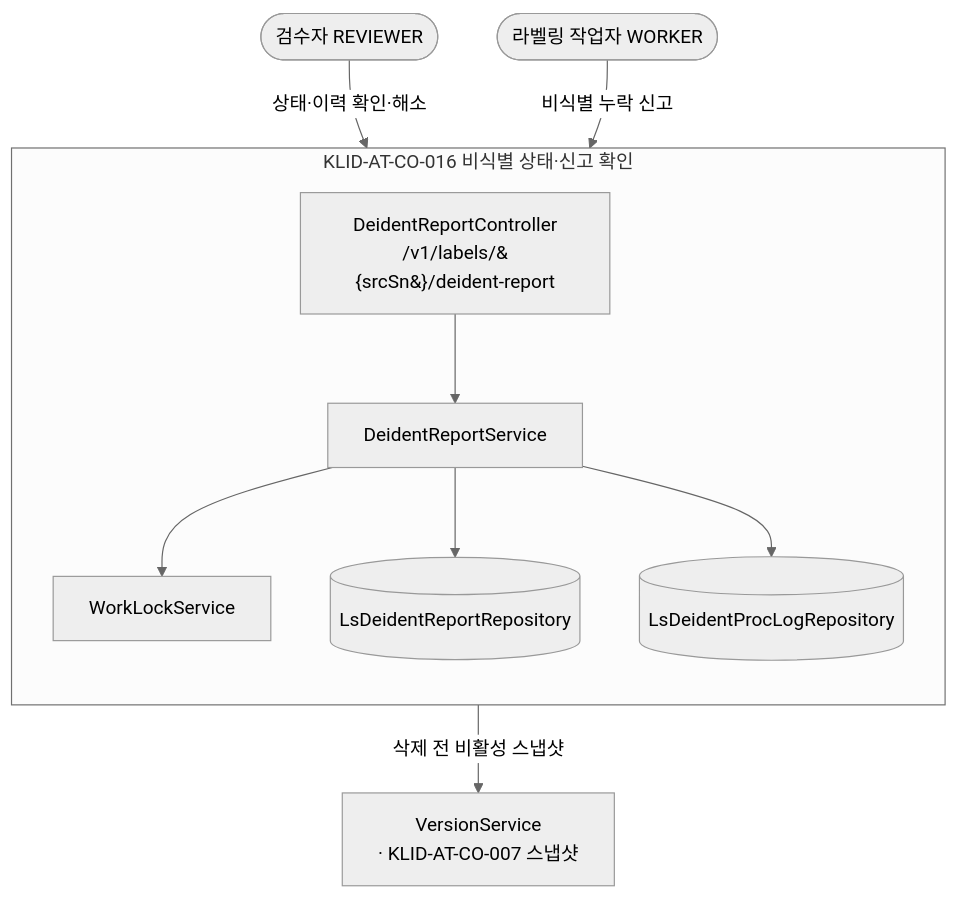
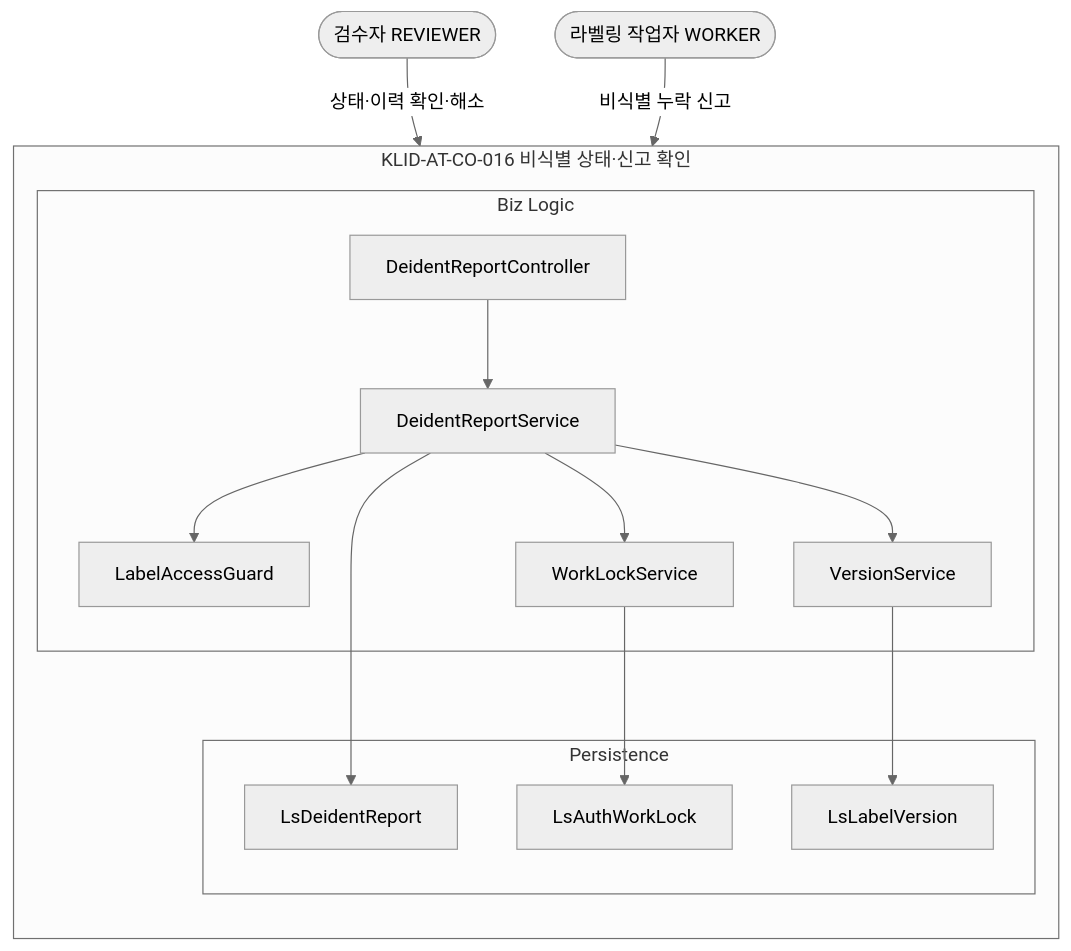
Before and after one commit to New-stella/klid-label: diagram 13 of 13 in docs/design/D3-컴포넌트설계서.md, drawn with Mermaid (neutral theme). The commit also changed other lines of this file and 32 other files, not shown here.

````diff
--- a/docs/design/D3-컴포넌트설계서.md
+++ b/docs/design/D3-컴포넌트설계서.md
@@ -344,21 +413,29 @@
 ```mermaid
 flowchart TD
     REVIEWER([검수자 REVIEWER])
     WORKER([라벨링 작업자 WORKER])
     subgraph CO016[KLID-AT-CO-016 비식별 상태·신고 확인]
         direction TB
-        DRC[DeidentReportController<br/>/v1/labels/&#123;srcSn&#125;/deident-report]
-        DRS[DeidentReportService]
-        WLS[WorkLockService]
-        LDR[(LsDeidentReportRepository)]
-        LDPL[(LsDeidentProcLogRepository)]
+        subgraph BIZ16[Biz Logic]
+            DRC[DeidentReportController]
+            DRS[DeidentReportService]
+            WLS[WorkLockService]
+            VS[VersionService]
+            LAG[LabelAccessGuard]
+        end
+        subgraph PER16[Persistence]
+            LDR[LsDeidentReport]
+            LWL[LsAuthWorkLock]
+            LLV[LsLabelVersion]
+        end
         DRC --> DRS
+        DRS --> LAG
         DRS --> WLS
+        DRS --> VS
         DRS --> LDR
-        DRS --> LDPL
+        WLS --> LWL
+        VS --> LLV
     end
-    VS[VersionService<br/>· KLID-AT-CO-007 스냅샷]
     REVIEWER -->|상태·이력 확인·해소| DRC
     WORKER -->|비식별 누락 신고| DRC
-    DRS -->|삭제 전 비활성 스냅샷| VS
 ```
````
